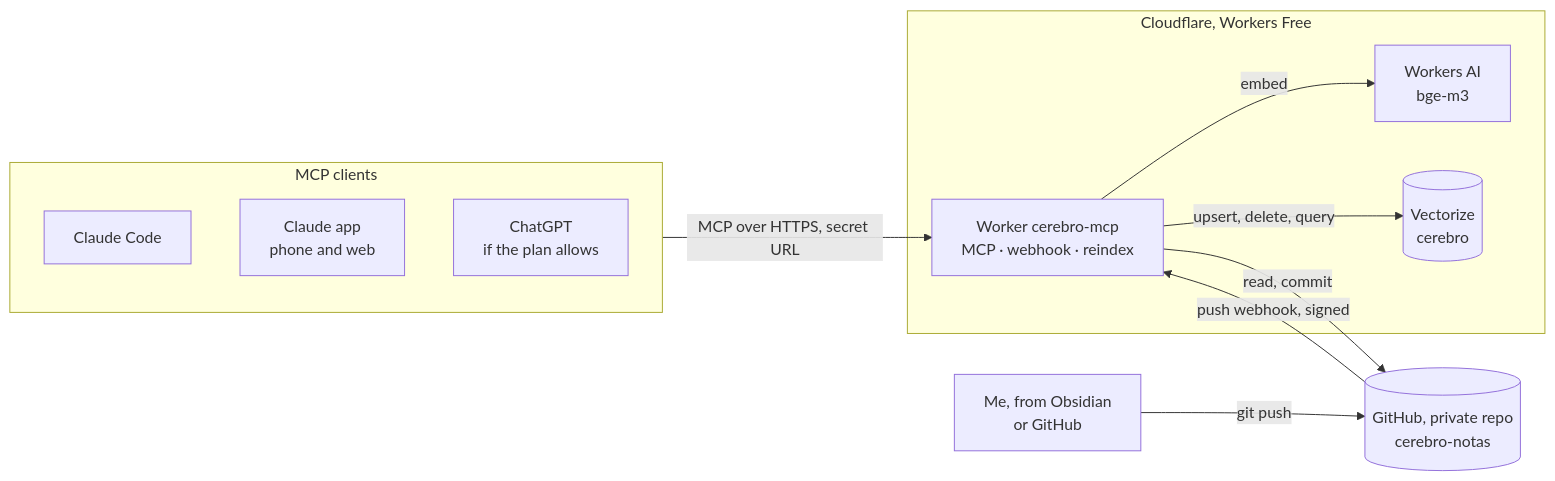
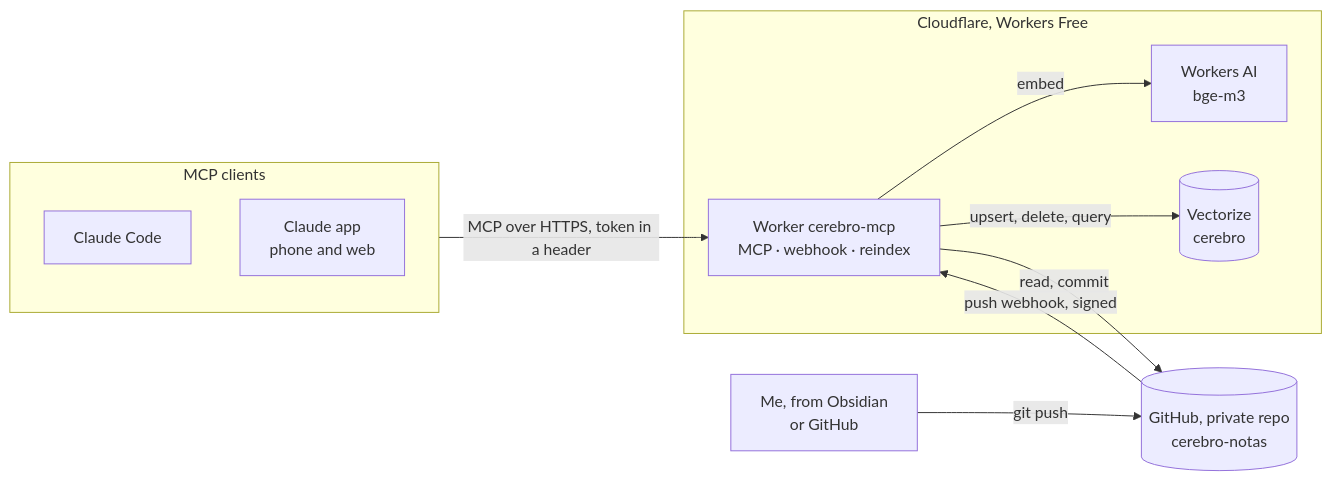
The first of 2 diagrams in docs/spec/v1.md (Pedrolucasnunes/cerebro-mcp), drawn with Mermaid before and after one commit. The commit also changed other lines of this file and 6 other files, not shown here.

````diff
--- a/docs/spec/v1.md
+++ b/docs/spec/v1.md
@@ -13,22 +13,21 @@
 ```mermaid
 flowchart LR
     subgraph clients["MCP clients"]
         cc["Claude Code"]
         app["Claude app<br/>phone and web"]
-        gpt["ChatGPT<br/>if the plan allows"]
     end
     subgraph cf["Cloudflare, Workers Free"]
         worker["Worker cerebro-mcp<br/>MCP · webhook · reindex"]
         ai["Workers AI<br/>bge-m3"]
         vec[("Vectorize<br/>cerebro")]
     end
     gh[("GitHub, private repo<br/>cerebro-notas")]
     me["Me, from Obsidian<br/>or GitHub"]
 
-    clients -- "MCP over HTTPS, secret URL" --> worker
+    clients -- "MCP over HTTPS, token in a header" --> worker
     worker -- "read, commit" --> gh
     gh -- "push webhook, signed" --> worker
     worker -- "embed" --> ai
     worker -- "upsert, delete, query" --> vec
     me -- "git push" --> gh
 ```
````
